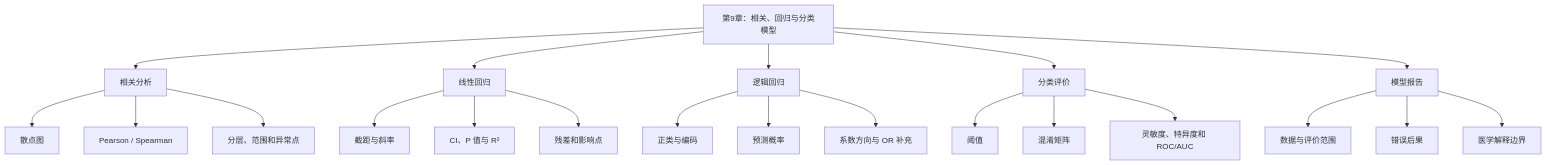
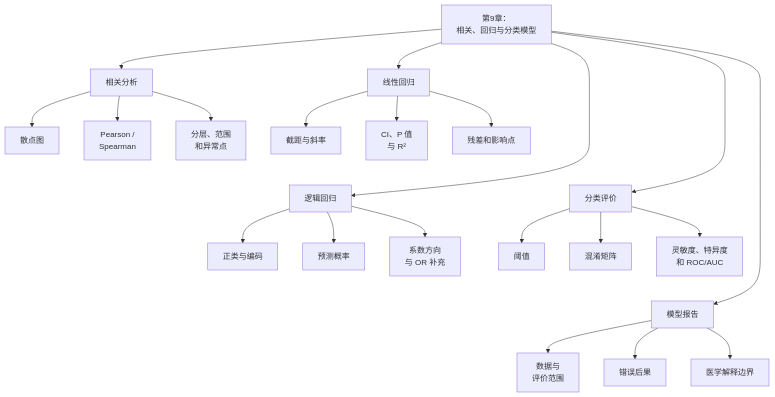
Before and after one commit to luvega/AI_MED_DataVis: the third of 3 diagrams in docs/chapters/chapter-9/index.md, drawn with Mermaid. The commit also changed other lines of this file and 30 other files, not shown here.

Commit message:
Redraw textbook diagrams and correct data-flow relationships

````diff
--- a/docs/chapters/chapter-9/index.md
+++ b/docs/chapters/chapter-9/index.md
@@ -945,23 +949,27 @@
 ```mermaid
 flowchart TD
-  A["第9章：相关、回归与分类模型"] --> B["相关分析"]
+  A["第9章：<br/>相关、回归与分类模型"] --> B["相关分析"]
   B --> B1["散点图"]
-  B --> B2["Pearson / Spearman"]
-  B --> B3["分层、范围和异常点"]
+  B --> B2["Pearson /<br/> Spearman"]
+  B --> B3["分层、范围<br/>和异常点"]
   A --> C["线性回归"]
   C --> C1["截距与斜率"]
-  C --> C2["CI、P 值与 R²"]
+  C --> C2["CI、P 值<br/>与 R²"]
   C --> C3["残差和影响点"]
   A --> D["逻辑回归"]
   D --> D1["正类与编码"]
   D --> D2["预测概率"]
-  D --> D3["系数方向与 OR 补充"]
+  D --> D3["系数方向<br/>与 OR 补充"]
   A --> E["分类评价"]
   E --> E1["阈值"]
   E --> E2["混淆矩阵"]
-  E --> E3["灵敏度、特异度和 ROC/AUC"]
+  E --> E3["灵敏度、特异度<br/>和 ROC/AUC"]
   A --> F["模型报告"]
-  F --> F1["数据与评价范围"]
+  F --> F1["数据与<br/>评价范围"]
   F --> F2["错误后果"]
   F --> F3["医学解释边界"]
+  B3 ~~~ D
+  C3 ~~~ E
+  D3 ~~~ F
+  E3 ~~~ F
 ```
````
